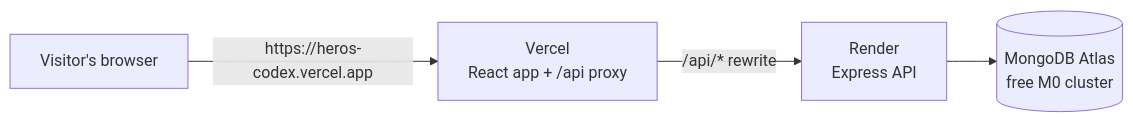
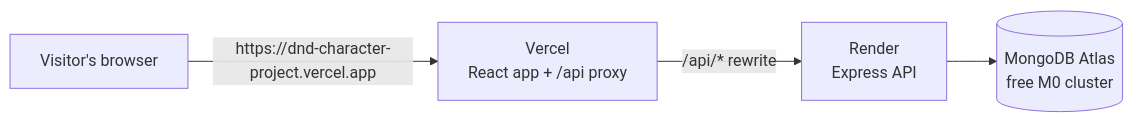
Before and after one commit to CaitP02/dnd-character-project: the diagram in docs/DEPLOYMENT.md, drawn with Mermaid. The commit also changed other lines of this file and 5 other files, not shown here.

````diff
--- a/docs/DEPLOYMENT.md
+++ b/docs/DEPLOYMENT.md
@@ -7,6 +7,6 @@
 ```mermaid
 flowchart LR
-  B[Visitor's browser] -->|https://heros-codex.vercel.app| V[Vercel<br/>React app + /api proxy]
+  B[Visitor's browser] -->|https://dnd-character-project.vercel.app| V[Vercel<br/>React app + /api proxy]
   V -->|/api/* rewrite| R[Render<br/>Express API]
   R --> A[(MongoDB Atlas<br/>free M0 cluster)]
 ```
````
